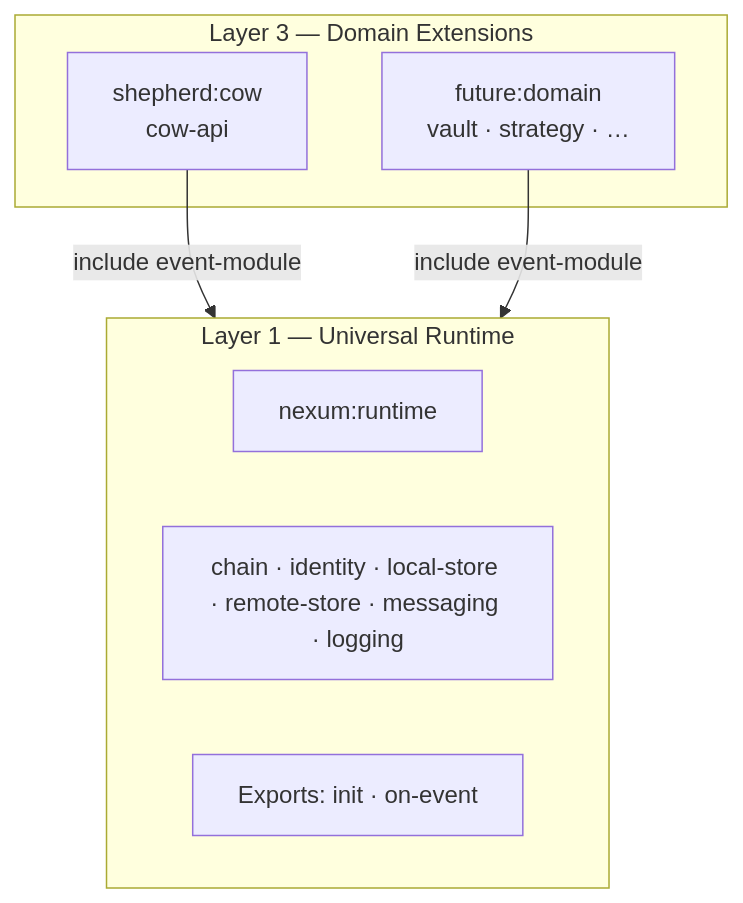
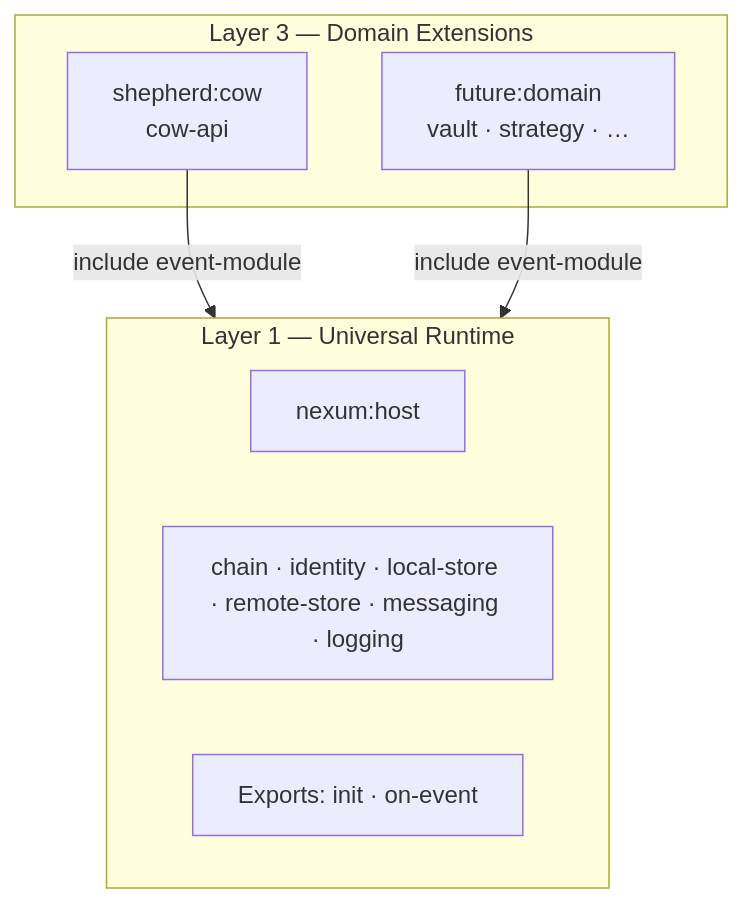
One commit to nullislabs/shepherd changed the second of 3 diagrams in docs/00-overview.md. Above: the diagram before and after it, drawn with Mermaid. The commit also changed other lines of this file and 39 other files, not shown here.

````diff
--- a/docs/00-overview.md
+++ b/docs/00-overview.md
@@ -92,16 +103,16 @@
 ```mermaid
 graph TB
     subgraph l3["Layer 3 — Domain Extensions"]
         cow["shepherd:cow\ncow-api"]
         other["future:domain\nvault · strategy · …"]
     end
 
     subgraph l1["Layer 1 — Universal Runtime"]
-        pkg["nexum:runtime"]
+        pkg["nexum:host"]
         ifaces["chain · identity · local-store · remote-store · messaging · logging"]
         exports["Exports: init · on-event"]
     end
 
     cow -->|include event-module| l1
     other -->|include event-module| l1
 ```
````
